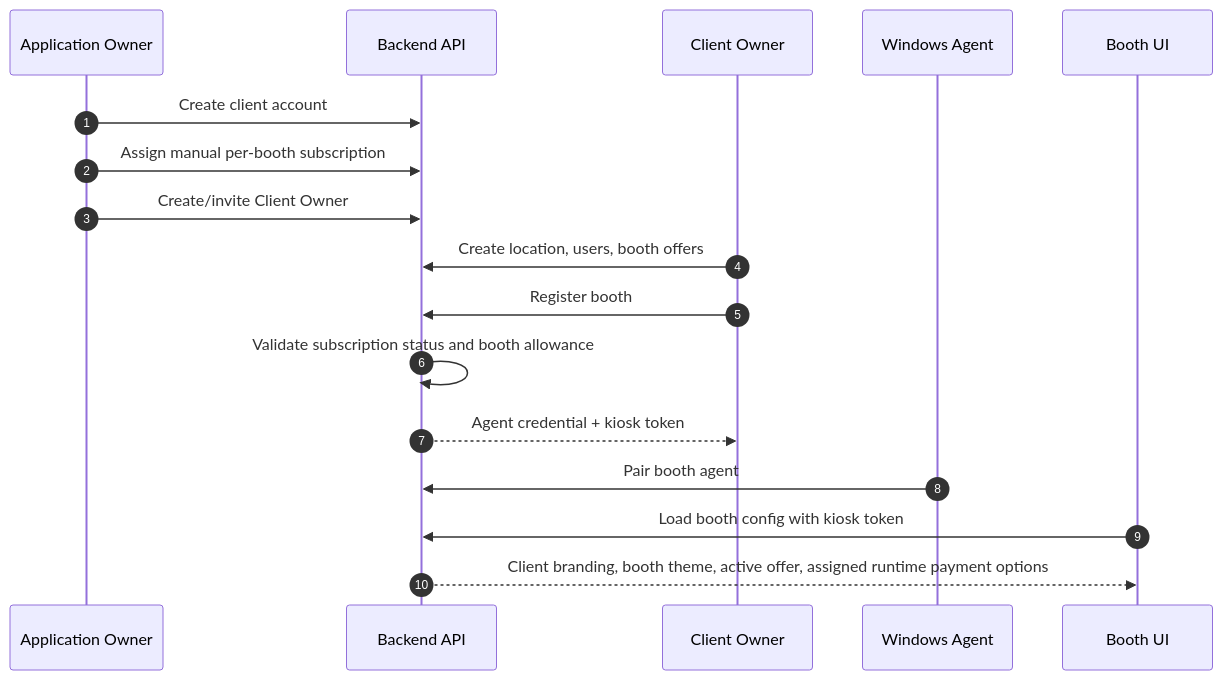
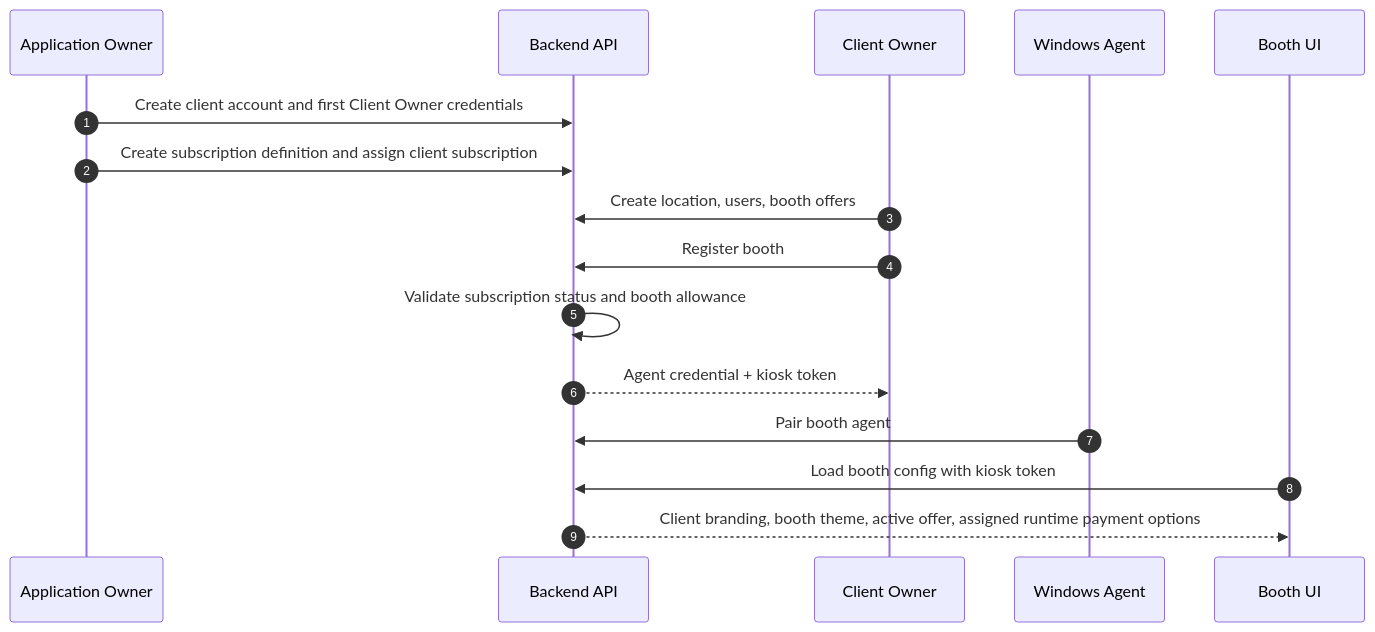
One commit to quinjan/PhotoBIZ changed the second of 9 diagrams in docs/ARCHITECTURE.md. Above: the diagram before and after it, drawn with Mermaid. The commit also changed other lines of this file and 9 other files, not shown here.

````diff
--- a/docs/ARCHITECTURE.md
+++ b/docs/ARCHITECTURE.md
@@ -44,20 +44,19 @@
 ```mermaid
 sequenceDiagram
   autonumber
   participant AO as Application Owner
   participant API as Backend API
   participant CO as Client Owner
   participant A as Windows Agent
   participant B as Booth UI
 
-  AO->>API: Create client account
-  AO->>API: Assign manual per-booth subscription
-  AO->>API: Create/invite Client Owner
+  AO->>API: Create client account and first Client Owner credentials
+  AO->>API: Create subscription definition and assign client subscription
   CO->>API: Create location, users, booth offers
   CO->>API: Register booth
   API->>API: Validate subscription status and booth allowance
   API-->>CO: Agent credential + kiosk token
   A->>API: Pair booth agent
   B->>API: Load booth config with kiosk token
   API-->>B: Client branding, booth theme, active offer, assigned runtime payment options
 ```
````
